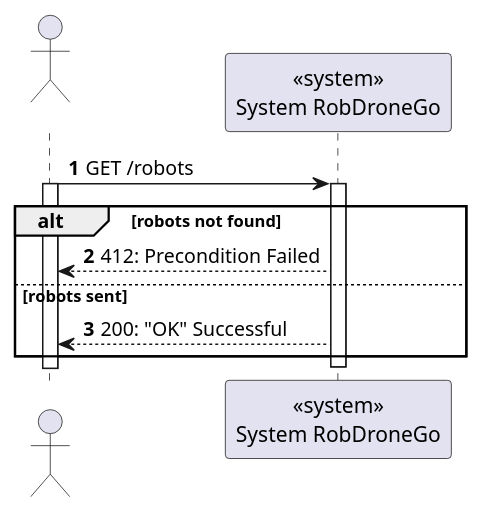
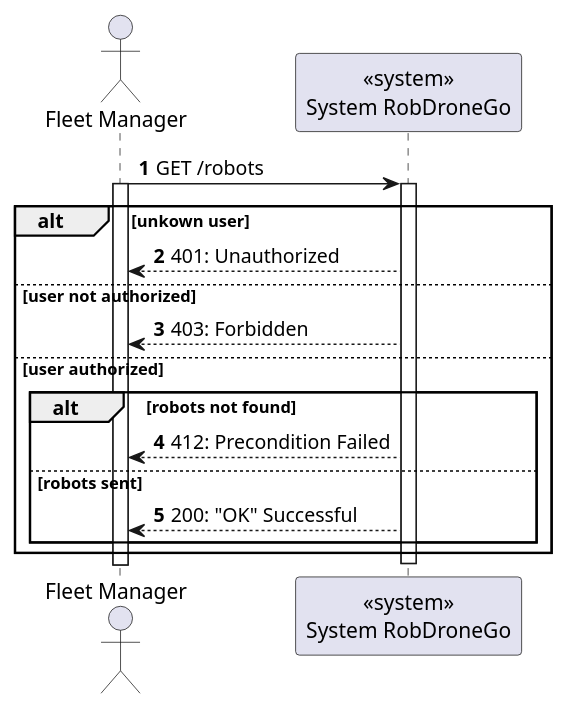
Before and after one commit to Departamento-de-Engenharia-Informatica/lapr5-23-24-g19: the diagram in docs/us380/level1/process-view.puml, drawn with PlantUML. The commit also changed 16 other files, not shown here.

```diff
--- a/docs/us380/level1/process-view.puml
+++ b/docs/us380/level1/process-view.puml
@@ -1,19 +1,27 @@
 @startuml
 autonumber
 
-actor " " as actor
+actor "Fleet Manager" as actor
 participant "<<system>>\nSystem RobDroneGo" as sys
 
 
 actor-> sys: GET /robots
 activate actor
     activate sys
-    alt robots not found
-        actor <--sys : 412: Precondition Failed
-    else robots sent
-        actor <--sys : 200: "OK" Successful
+
+    alt unkown user
+                sys --> actor : 401: Unauthorized
+            else user not authorized
+                sys --> actor : 403: Forbidden
+            else user authorized
+
+            alt robots not found
+                actor <--sys : 412: Precondition Failed
+            else robots sent
+                actor <--sys : 200: "OK" Successful
+    end
 end
 deactivate sys
 
 
 @enduml
```
